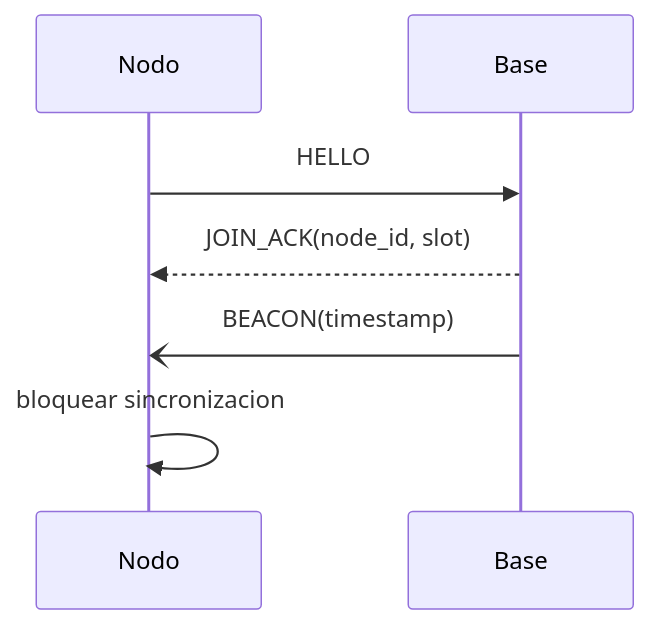
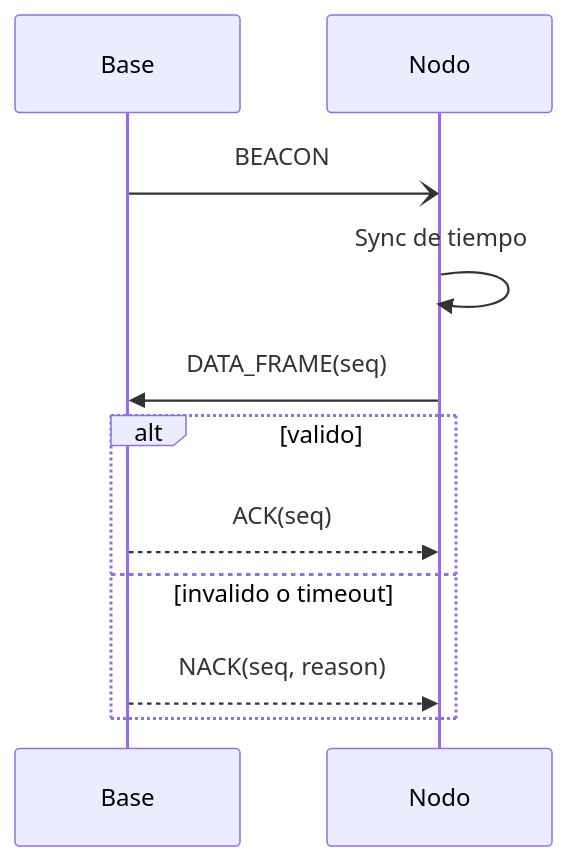
One commit to Alan-B525/ADQ-protocolo changed the second of 5 diagrams in docs/protocol/protocol-educational-diagrams.md. Above: the diagram before and after it, drawn with Mermaid. The commit also changed other lines of this file and 50 other files, not shown here.

````diff
--- a/docs/protocol/protocol-educational-diagrams.md
+++ b/docs/protocol/protocol-educational-diagrams.md
@@ -56,10 +14,14 @@
 ```mermaid
 sequenceDiagram
+  participant B as Base
   participant N as Nodo
-  participant B as Base
 
-    N->>B: HELLO
-    B-->>N: JOIN_ACK(node_id, slot)
-    B-)N: BEACON(timestamp)
-  N->>N: bloquear sincronizacion
+  B-)N: BEACON
+  N->>N: Sync de tiempo
+  N->>B: DATA_FRAME(seq)
+  alt valido
+    B-->>N: ACK(seq)
+  else invalido o timeout
+    B-->>N: NACK(seq, reason)
+  end
 ```
````
